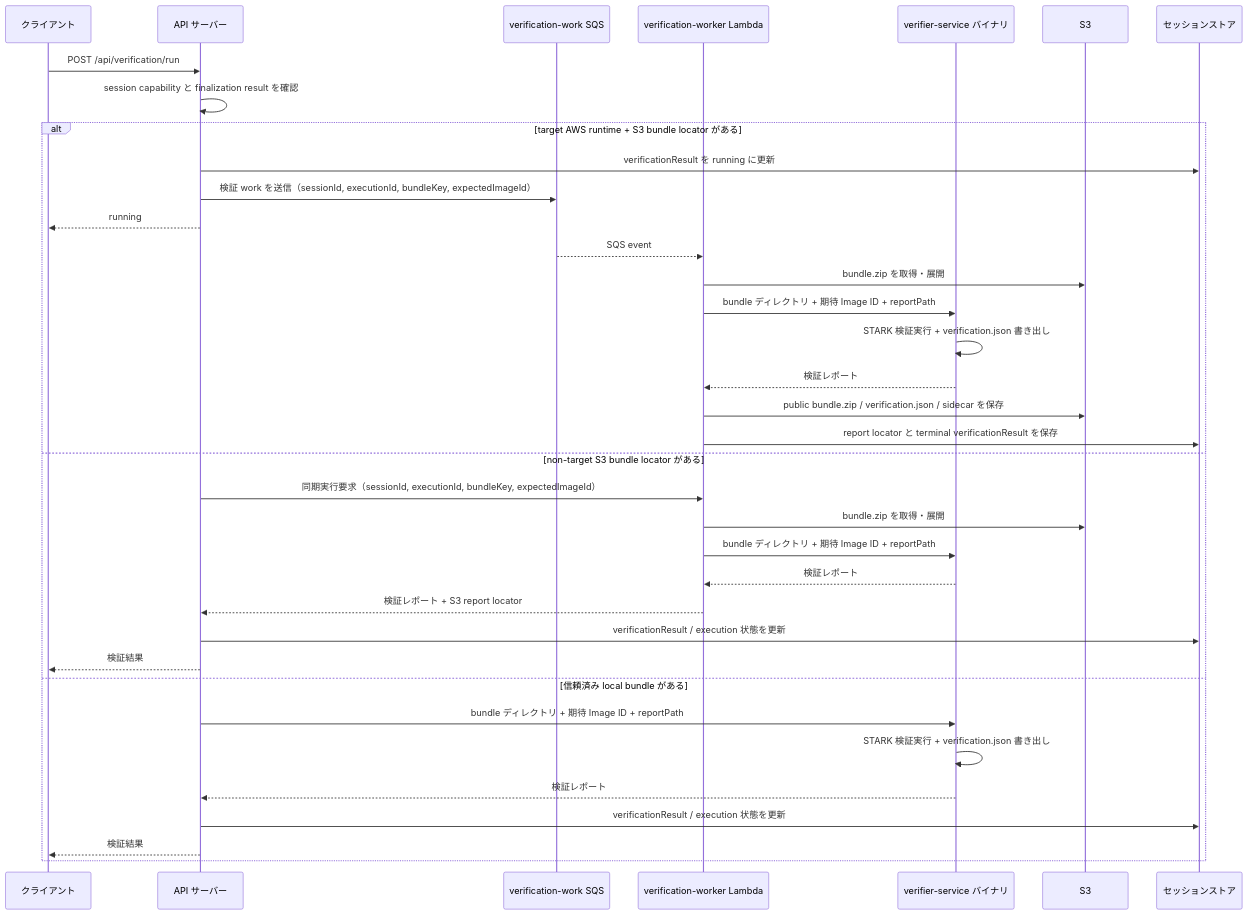
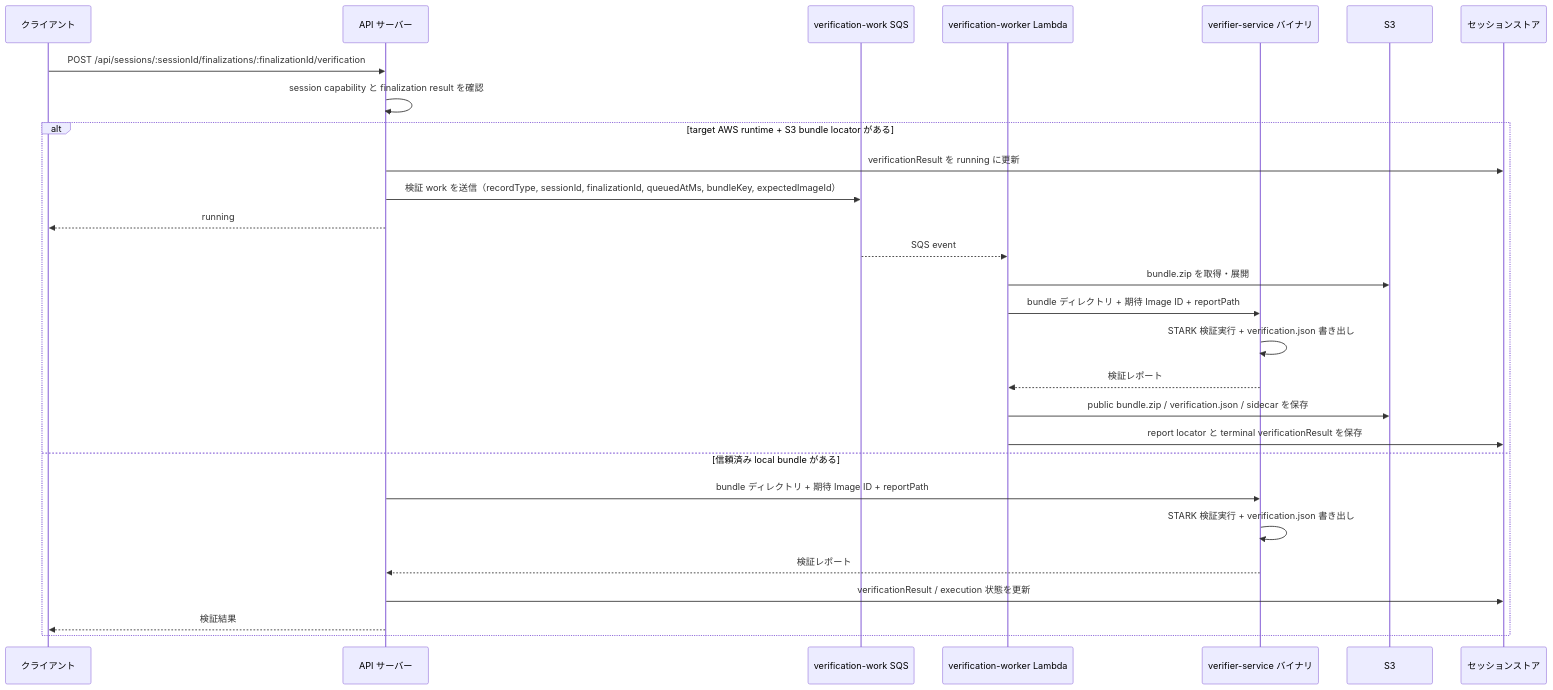
The third of 3 diagrams in public-book/src/zkvm/verifier-service.md (hwatanabe-jp/stark-ballot-simulator-public), drawn with Mermaid before and after one commit. The commit also changed other lines of this file and 1001 other files, not shown here.

````diff
--- a/public-book/src/zkvm/verifier-service.md
+++ b/public-book/src/zkvm/verifier-service.md
@@ -149,39 +162,31 @@
 ```mermaid
 sequenceDiagram
   participant C as クライアント
   participant API as API サーバー
   participant Q as verification-work SQS
   participant RUNNER as verification-worker Lambda
   participant VS as verifier-service バイナリ
   participant S3 as S3
   participant STORE as セッションストア
 
-  C->>API: POST /api/verification/run
+  C->>API: POST /api/sessions/:sessionId/finalizations/:finalizationId/verification
   API->>API: session capability と finalization result を確認
   alt target AWS runtime + S3 bundle locator がある
     API->>STORE: verificationResult を running に更新
-    API->>Q: 検証 work を送信（sessionId, executionId, bundleKey, expectedImageId）
+    API->>Q: 検証 work を送信（recordType, sessionId, finalizationId, queuedAtMs, bundleKey, expectedImageId）
     API-->>C: running
     Q-->>RUNNER: SQS event
     RUNNER->>S3: bundle.zip を取得・展開
     RUNNER->>VS: bundle ディレクトリ + 期待 Image ID + reportPath
     VS->>VS: STARK 検証実行 + verification.json 書き出し
     VS-->>RUNNER: 検証レポート
     RUNNER->>S3: public bundle.zip / verification.json / sidecar を保存
     RUNNER->>STORE: report locator と terminal verificationResult を保存
-  else non-target S3 bundle locator がある
-    API->>RUNNER: 同期実行要求（sessionId, executionId, bundleKey, expectedImageId）
-    RUNNER->>S3: bundle.zip を取得・展開
-    RUNNER->>VS: bundle ディレクトリ + 期待 Image ID + reportPath
-    VS-->>RUNNER: 検証レポート
-    RUNNER-->>API: 検証レポート + S3 report locator
-    API->>STORE: verificationResult / execution 状態を更新
-    API-->>C: 検証結果
   else 信頼済み local bundle がある
     API->>VS: bundle ディレクトリ + 期待 Image ID + reportPath
     VS->>VS: STARK 検証実行 + verification.json 書き出し
     VS-->>API: 検証レポート
     API->>STORE: verificationResult / execution 状態を更新
     API-->>C: 検証結果
   end
 ```
````
